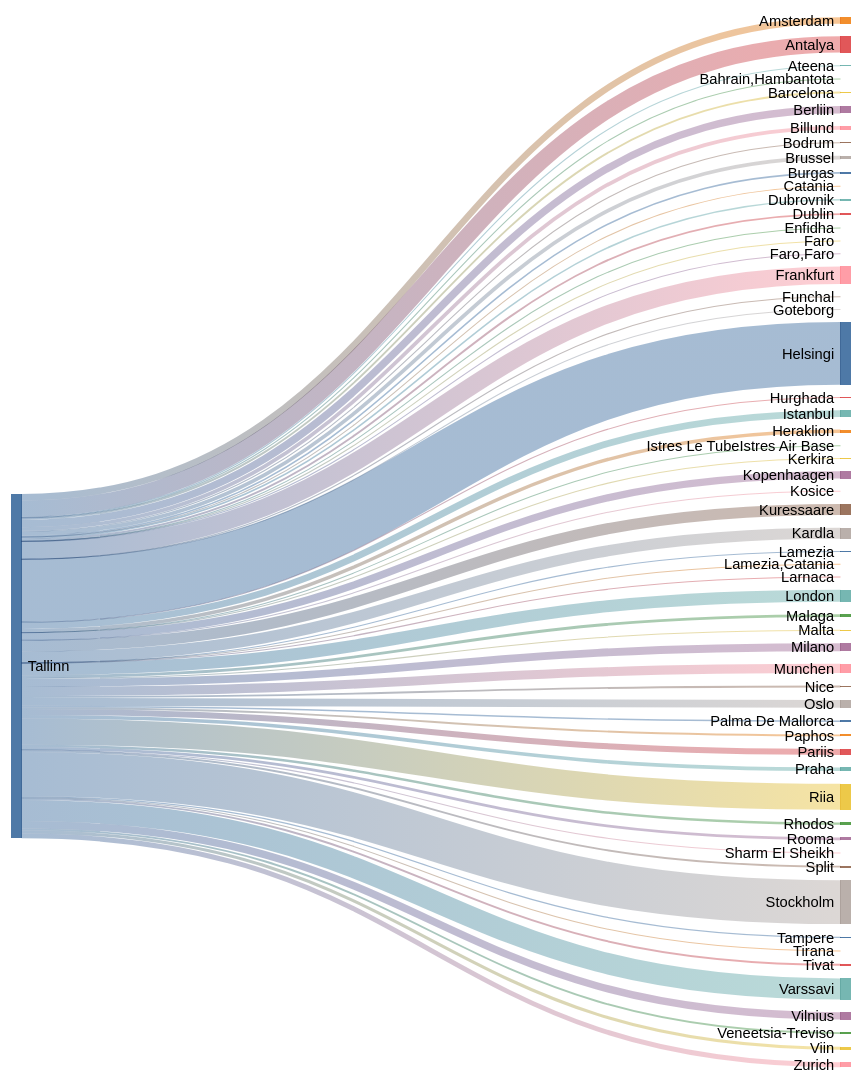
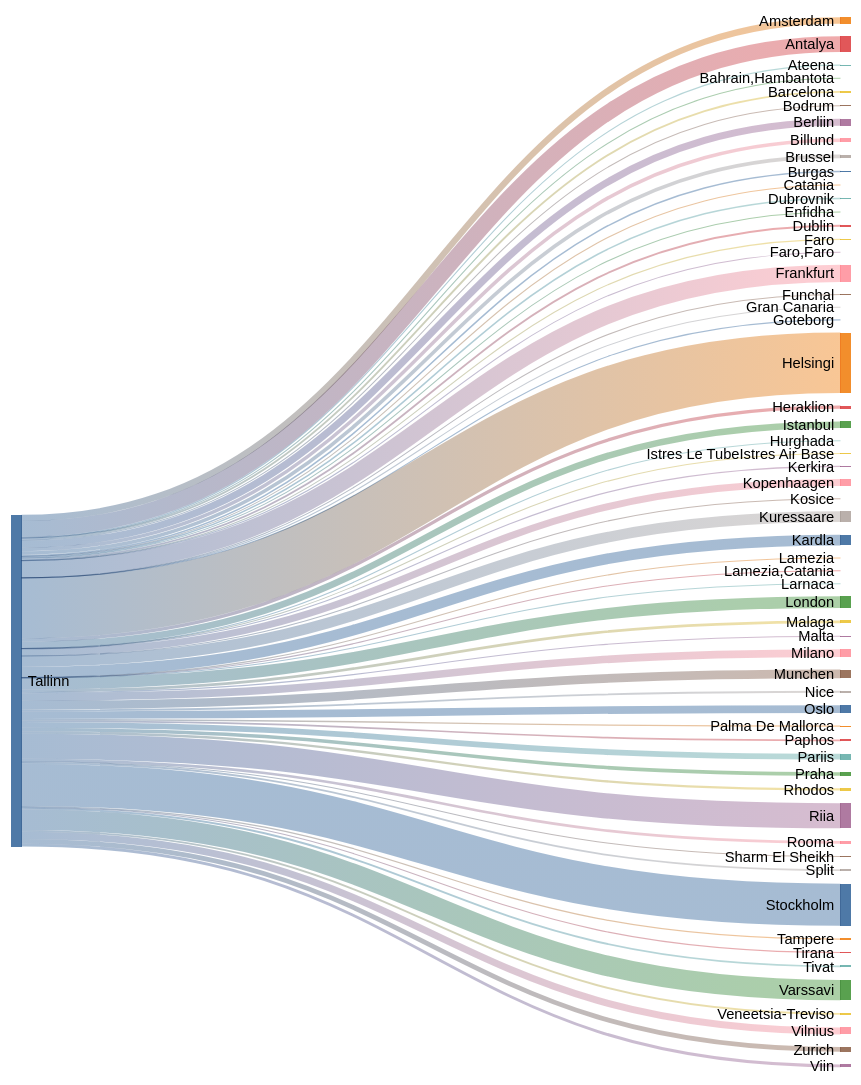
One commit to rainermesi/tll-airport-departures changed the second of 2 diagrams in README.md. Above: the diagram before and after it, drawn with Mermaid (neutral theme). The commit also changed other lines of this file, not shown here.

````diff
--- a/README.md
+++ b/README.md
@@ -34,70 +34,71 @@
 ```mermaid
 ---
 config:
   sankey:
     showValues: false
     width: 800
     height: 1000
 ---
 sankey-beta
 %% source,target,value
-Tallinn,Amsterdam,86
-Tallinn,Antalya,215
-Tallinn,Ateena,14
+Tallinn,Amsterdam,87
+Tallinn,Antalya,218
+Tallinn,Ateena,15
 Tallinn,"Bahrain,Hambantota",1
-Tallinn,Barcelona,25
+Tallinn,Barcelona,26
 Tallinn,Berliin,98
 Tallinn,Billund,49
 Tallinn,Bodrum,11
-Tallinn,Brussel,49
+Tallinn,Brussel,50
 Tallinn,Burgas,21
 Tallinn,Catania,2
 Tallinn,Dublin,25
 Tallinn,Dubrovnik,21
 Tallinn,Enfidha,7
 Tallinn,Faro,4
 Tallinn,"Faro,Faro",1
-Tallinn,Frankfurt,234
+Tallinn,Frankfurt,237
 Tallinn,Funchal,1
+Tallinn,Gran Canaria,1
 Tallinn,Goteborg,1
-Tallinn,Helsingi,829
+Tallinn,Helsingi,838
 Tallinn,Heraklion,46
 Tallinn,Hurghada,3
-Tallinn,Istanbul,90
+Tallinn,Istanbul,92
 Tallinn,Istres Le TubeIstres Air Base,2
 Tallinn,Kerkira,4
 Tallinn,Kopenhaagen,97
 Tallinn,Kosice,1
-Tallinn,Kuressaare,148
-Tallinn,Kardla,148
+Tallinn,Kuressaare,149
+Tallinn,Kardla,149
 Tallinn,Lamezia,1
 Tallinn,"Lamezia,Catania",3
 Tallinn,Larnaca,3
-Tallinn,London,158
+Tallinn,London,160
 Tallinn,Malaga,37
 Tallinn,Malta,13
-Tallinn,Milano,105
+Tallinn,Milano,106
 Tallinn,Munchen,121
-Tallinn,Nice,24
-Tallinn,Oslo,104
+Tallinn,Nice,25
+Tallinn,Oslo,106
 Tallinn,Palma De Mallorca,19
 Tallinn,Paphos,24
-Tallinn,Pariis,79
-Tallinn,Praha,48
+Tallinn,Pariis,80
+Tallinn,Praha,49
 Tallinn,Rhodos,32
-Tallinn,Riia,345
-Tallinn,Rooma,37
-Tallinn,Sharm El Sheikh,4
+Tallinn,Riia,349
+Tallinn,Rooma,38
+Tallinn,Sharm El Sheikh,5
 Tallinn,Split,25
-Tallinn,Stockholm,581
+Tallinn,Stockholm,585
 Tallinn,Tampere,17
 Tallinn,Tirana,8
 Tallinn,Tivat,26
-Tallinn,Varssavi,280
-Tallinn,Veneetsia-Treviso,25
+Tallinn,Varssavi,283
+Tallinn,Veneetsia-Treviso,26
 Tallinn,Viin,41
 Tallinn,Vilnius,98
-Tallinn,Zurich,65
+Tallinn,Zurich,66
 
 
 ```
````
